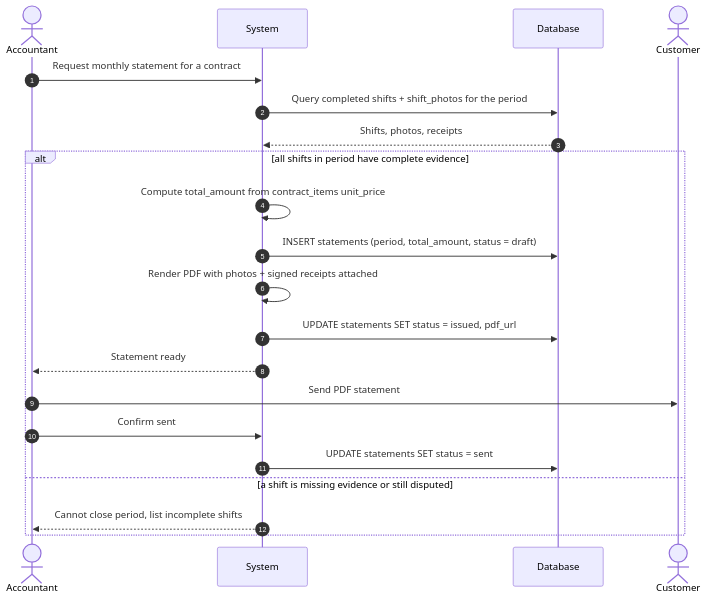
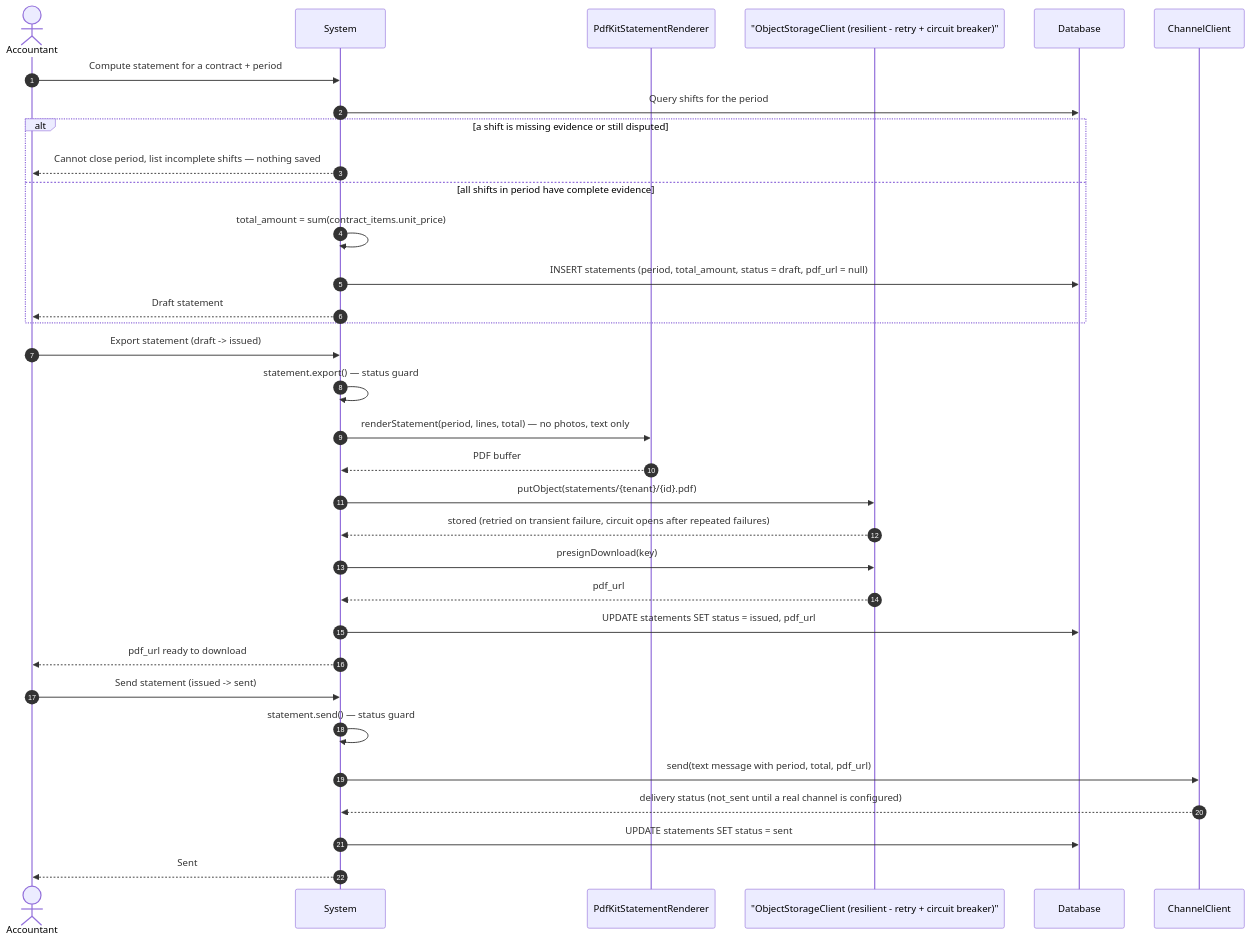
One commit to dDxCg/contrack changed the seventh of 12 diagrams in docs/08-sequence-diagram.md. Above: the diagram before and after it, drawn with Mermaid. The commit also changed other lines of this file and 2 other files, not shown here.

Commit message:
sync staled class diagram and sequence diagrams

````diff
--- a/docs/08-sequence-diagram.md
+++ b/docs/08-sequence-diagram.md
@@ -168,24 +196,38 @@
 ```mermaid
 sequenceDiagram
     autonumber
     actor Accountant
     participant System
+    participant PDF as PdfKitStatementRenderer
+    participant S3 as "ObjectStorageClient (resilient - retry + circuit breaker)"
     participant DB as Database
-    actor Customer
+    participant Channel as ChannelClient
 
-    Accountant->>System: Request monthly statement for a contract
-    System->>DB: Query completed shifts + shift_photos for the period
-    DB-->>System: Shifts, photos, receipts
-    alt all shifts in period have complete evidence
-        System->>System: Compute total_amount from contract_items unit_price
-        System->>DB: INSERT statements (period, total_amount, status = draft)
-        System->>System: Render PDF with photos + signed receipts attached
-        System->>DB: UPDATE statements SET status = issued, pdf_url
-        System-->>Accountant: Statement ready
-        Accountant->>Customer: Send PDF statement
-        Accountant->>System: Confirm sent
-        System->>DB: UPDATE statements SET status = sent
-    else a shift is missing evidence or still disputed
-        System-->>Accountant: Cannot close period, list incomplete shifts
+    Accountant->>System: Compute statement for a contract + period
+    System->>DB: Query shifts for the period
+    alt a shift is missing evidence or still disputed
+        System-->>Accountant: Cannot close period, list incomplete shifts — nothing saved
+    else all shifts in period have complete evidence
+        System->>System: total_amount = sum(contract_items.unit_price)
+        System->>DB: INSERT statements (period, total_amount, status = draft, pdf_url = null)
+        System-->>Accountant: Draft statement
     end
+
+    Accountant->>System: Export statement (draft -> issued)
+    System->>System: statement.export() — status guard
+    System->>PDF: renderStatement(period, lines, total) — no photos, text only
+    PDF-->>System: PDF buffer
+    System->>S3: putObject(statements/{tenant}/{id}.pdf)
+    S3-->>System: stored (retried on transient failure, circuit opens after repeated failures)
+    System->>S3: presignDownload(key)
+    S3-->>System: pdf_url
+    System->>DB: UPDATE statements SET status = issued, pdf_url
+    System-->>Accountant: pdf_url ready to download
+
+    Accountant->>System: Send statement (issued -> sent)
+    System->>System: statement.send() — status guard
+    System->>Channel: send(text message with period, total, pdf_url)
+    Channel-->>System: delivery status (not_sent until a real channel is configured)
+    System->>DB: UPDATE statements SET status = sent
+    System-->>Accountant: Sent
 ```
````
